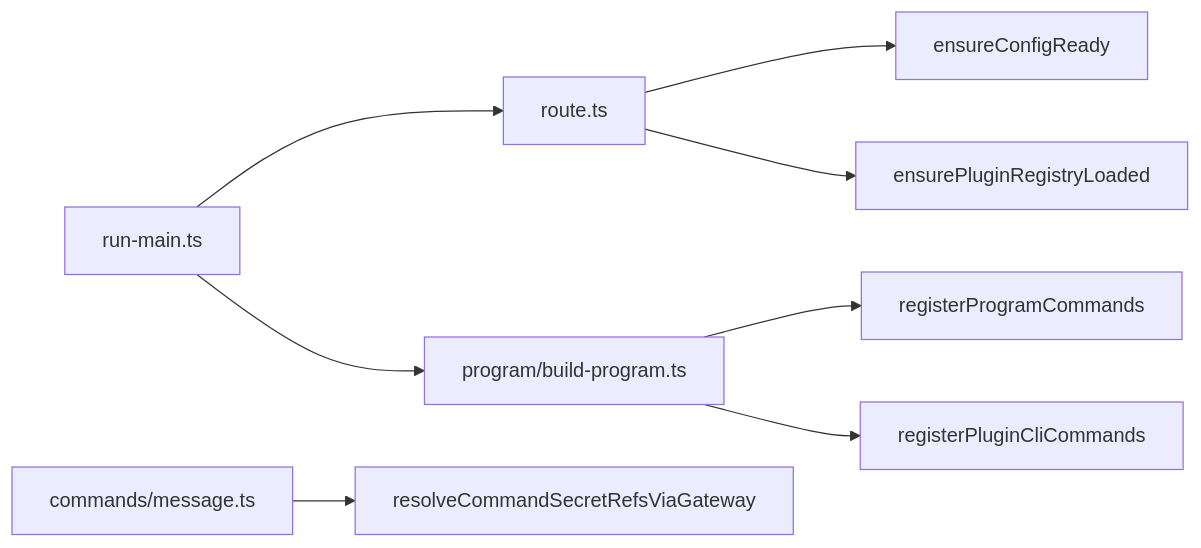
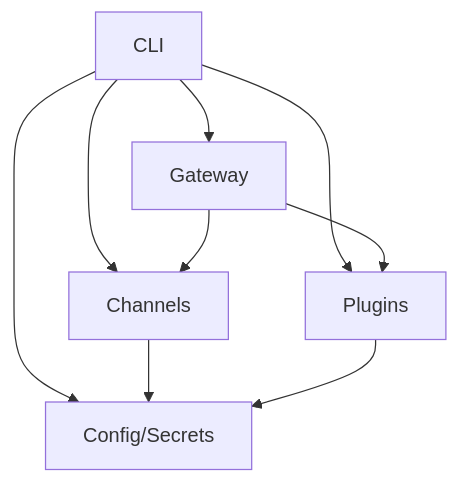
One commit to botx-work/OpenClaw-Internals changed the seventh of 7 diagrams in repowiki/en/content/CLI Interface/CLI Interface.md. Above: the diagram before and after it, drawn with Mermaid. The commit also changed other lines of this file and 332 other files, not shown here.

````diff
--- a/repowiki/en/content/CLI Interface/CLI Interface.md
+++ b/repowiki/en/content/CLI Interface/CLI Interface.md
@@ -538,10 +462,16 @@
 ```mermaid
-graph LR
-A["run-main.ts"] --> B["route.ts"]
-B --> C["ensureConfigReady"]
-B --> D["ensurePluginRegistryLoaded"]
-A --> E["program/build-program.ts"]
-E --> F["registerProgramCommands"]
-E --> G["registerPluginCliCommands"]
-H["commands/message.ts"] --> I["resolveCommandSecretRefsViaGateway"]
+graph TB
+CLI["CLI"]
+GW["Gateway"]
+CH["Channels"]
+PL["Plugins"]
+CFG["Config/Secrets"]
+CLI --> GW
+CLI --> CH
+CLI --> PL
+CLI --> CFG
+GW --> CH
+GW --> PL
+CH --> CFG
+PL --> CFG
 ```
````
